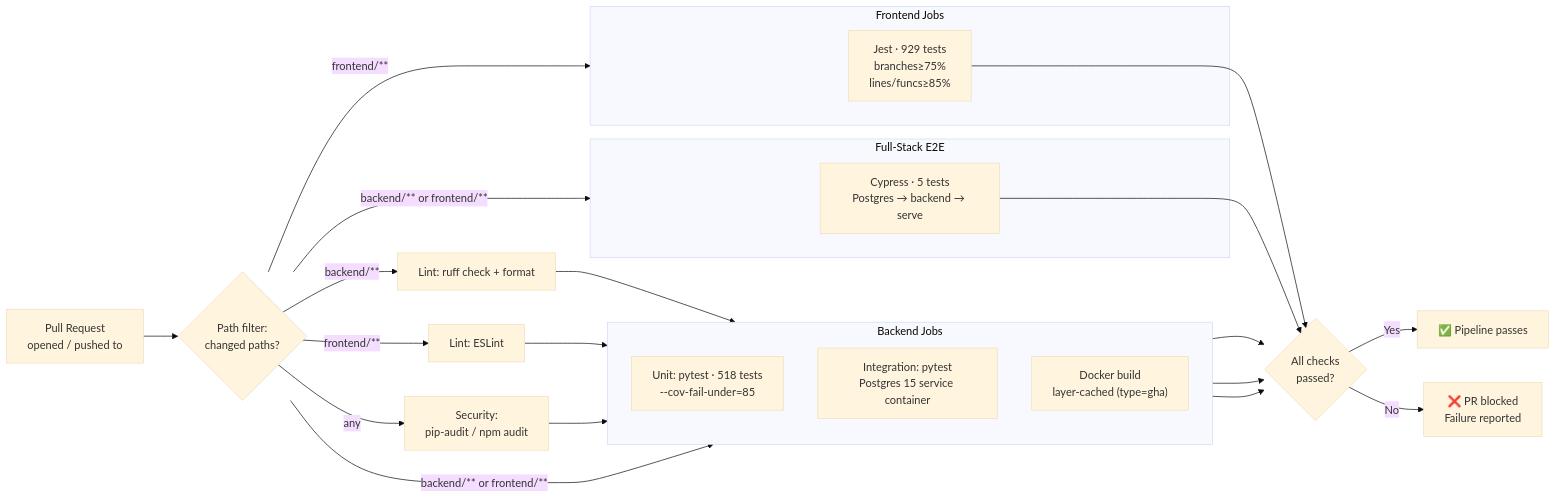
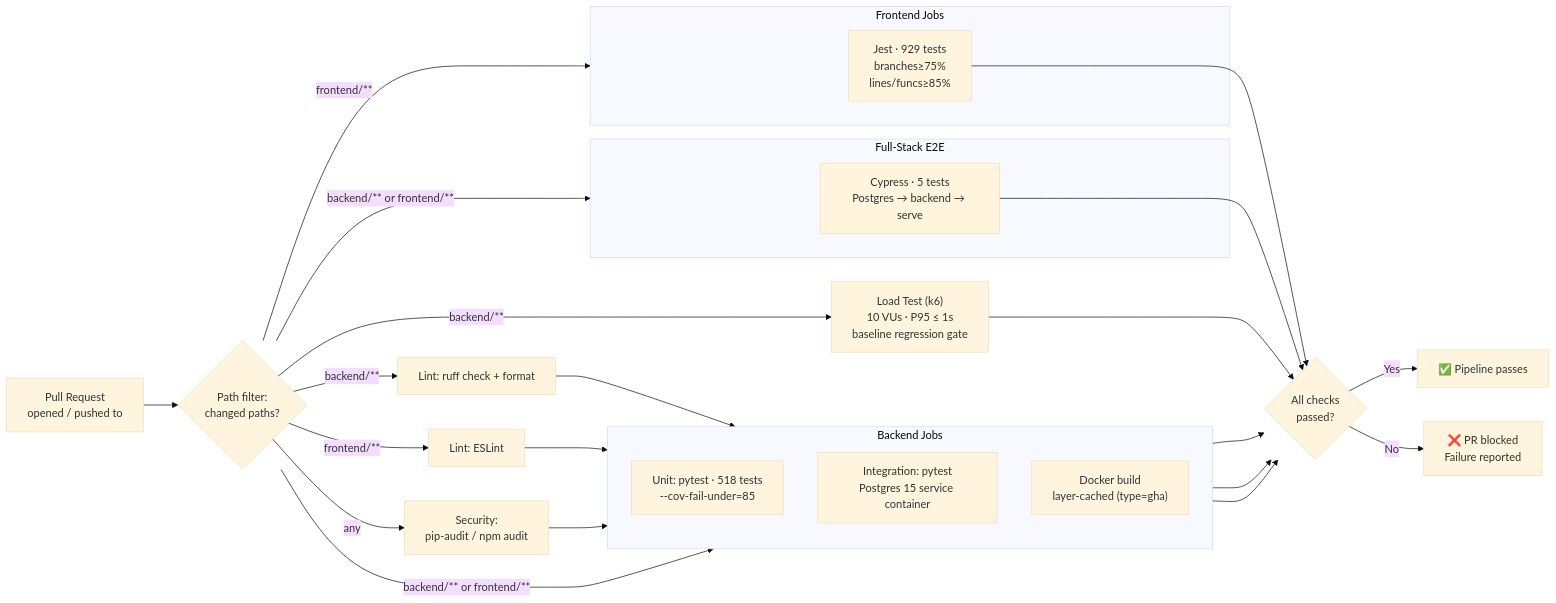
Before and after one commit to AhmedIkram05/devsync: the fifth of 6 diagrams in README.md, drawn with Mermaid (base theme). The commit also changed other lines of this file, not shown here.

First line of the commit message:
docs: update README to include k6 load testing details

````diff
--- a/README.md
+++ b/README.md
@@ -337,34 +343,37 @@
 ```mermaid
 flowchart LR
     PR["Pull Request\nopened / pushed to"] --> Changes{"Path filter:\nchanged paths?"}
     
     Changes -->|"backend/**"| LintBE["Lint: ruff check + format"]
     Changes -->|"frontend/**"| LintFE["Lint: ESLint"]
     Changes -->|"any"| Security["Security:\npip-audit / npm audit"]
 
     LintBE & LintFE & Security --> BackendJobs
     
     subgraph BackendJobs["Backend Jobs"]
         direction TB
         BT["Unit: pytest · 518 tests\n--cov-fail-under=85"]
         IT["Integration: pytest\nPostgres 15 service container"]
         DockerBuild["Docker build\nlayer-cached (type=gha)"]
     end
 
     subgraph FrontendJobs["Frontend Jobs"]
         FT["Jest · 929 tests\nbranches≥75%\nlines/funcs≥85%"]
     end
 
     subgraph E2E["Full-Stack E2E"]
         Cypress["Cypress · 5 tests\nPostgres → backend → serve"]
     end
 
+    Load["Load Test (k6)\n10 VUs · P95 ≤ 1s\nbaseline regression gate"]
+
     Changes -->|"backend/** or frontend/**"| BackendJobs
     Changes -->|"frontend/**"| FrontendJobs
     Changes -->|"backend/** or frontend/**"| E2E
+    Changes -->|"backend/**"| Load
 
-    BT & IT & DockerBuild & FT & Cypress --> Gate{"All checks\npassed?"}
+    BT & IT & DockerBuild & FT & Cypress & Load --> Gate{"All checks\npassed?"}
     
     Gate -->|"Yes"| Pipeline["✅ Pipeline passes"]
     Gate -->|"No"| Abort["❌ PR blocked\nFailure reported"]
 ```
````
